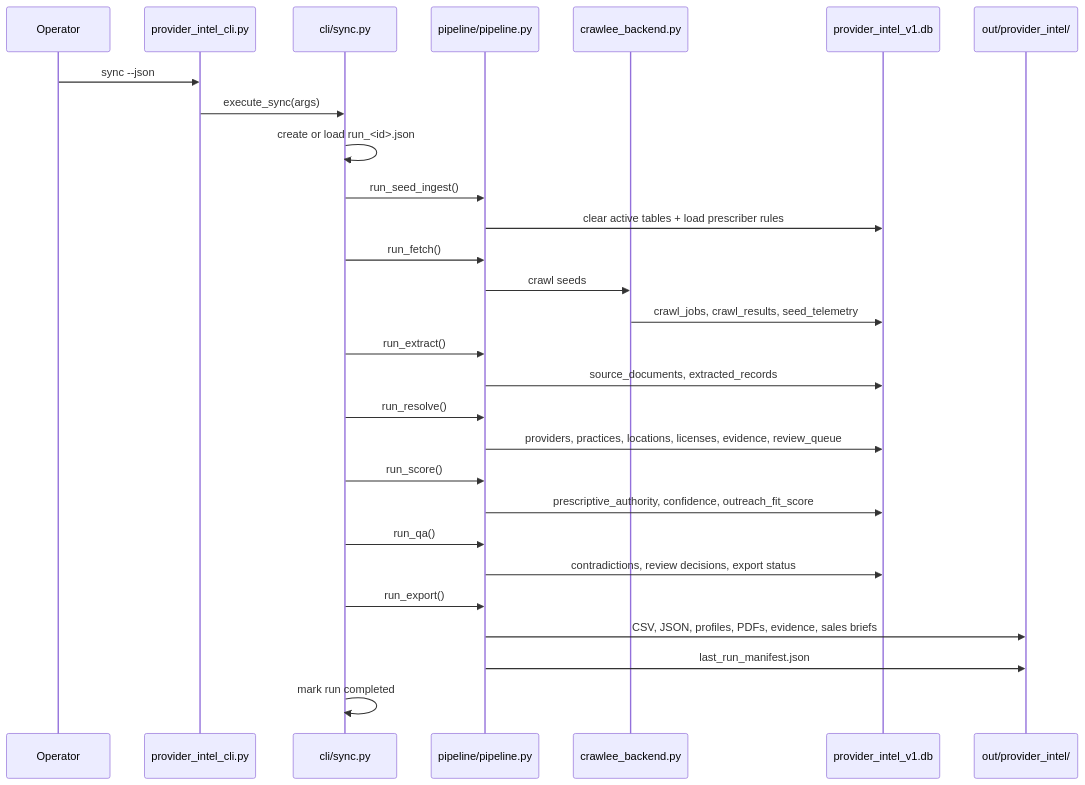
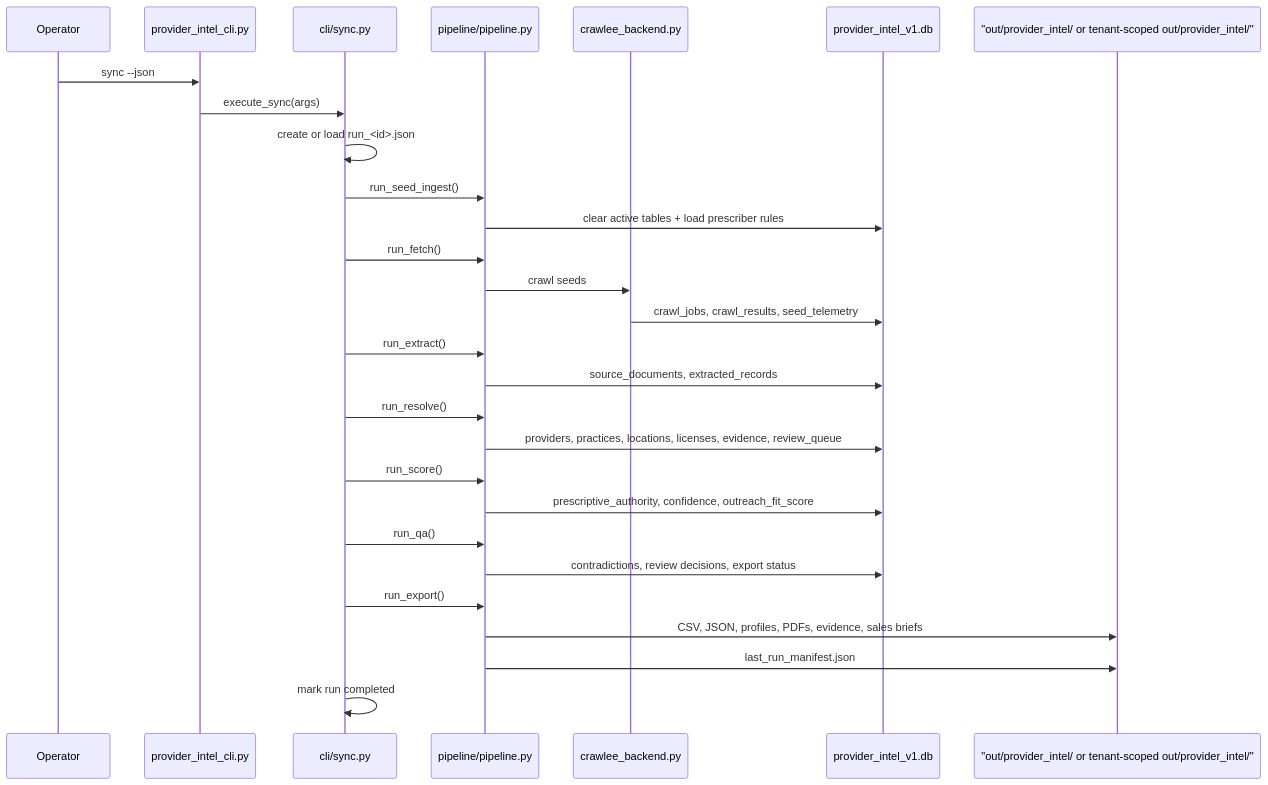
The first of 3 diagrams in docs/runtime-and-pipeline.md (MikesHorcrux/ABAProviderIntelligenceEngine), drawn with Mermaid before and after one commit. The commit also changed other lines of this file and 52 other files, not shown here.

````diff
--- a/docs/runtime-and-pipeline.md
+++ b/docs/runtime-and-pipeline.md
@@ -29,31 +29,31 @@
 ```mermaid
 sequenceDiagram
   participant Op as Operator
   participant CLI as provider_intel_cli.py
   participant Sync as cli/sync.py
   participant Runner as pipeline/pipeline.py
   participant Fetch as crawlee_backend.py
   participant DB as provider_intel_v1.db
-  participant Out as out/provider_intel/
+  participant Out as "out/provider_intel/ or tenant-scoped out/provider_intel/"
 
   Op->>CLI: sync --json
   CLI->>Sync: execute_sync(args)
   Sync->>Sync: create or load run_<id>.json
   Sync->>Runner: run_seed_ingest()
   Runner->>DB: clear active tables + load prescriber rules
   Sync->>Runner: run_fetch()
   Runner->>Fetch: crawl seeds
   Fetch->>DB: crawl_jobs, crawl_results, seed_telemetry
   Sync->>Runner: run_extract()
   Runner->>DB: source_documents, extracted_records
   Sync->>Runner: run_resolve()
   Runner->>DB: providers, practices, locations, licenses, evidence, review_queue
   Sync->>Runner: run_score()
   Runner->>DB: prescriptive_authority, confidence, outreach_fit_score
   Sync->>Runner: run_qa()
   Runner->>DB: contradictions, review decisions, export status
   Sync->>Runner: run_export()
   Runner->>Out: CSV, JSON, profiles, PDFs, evidence, sales briefs
   Runner->>Out: last_run_manifest.json
   Sync->>Sync: mark run completed
 ```
````
